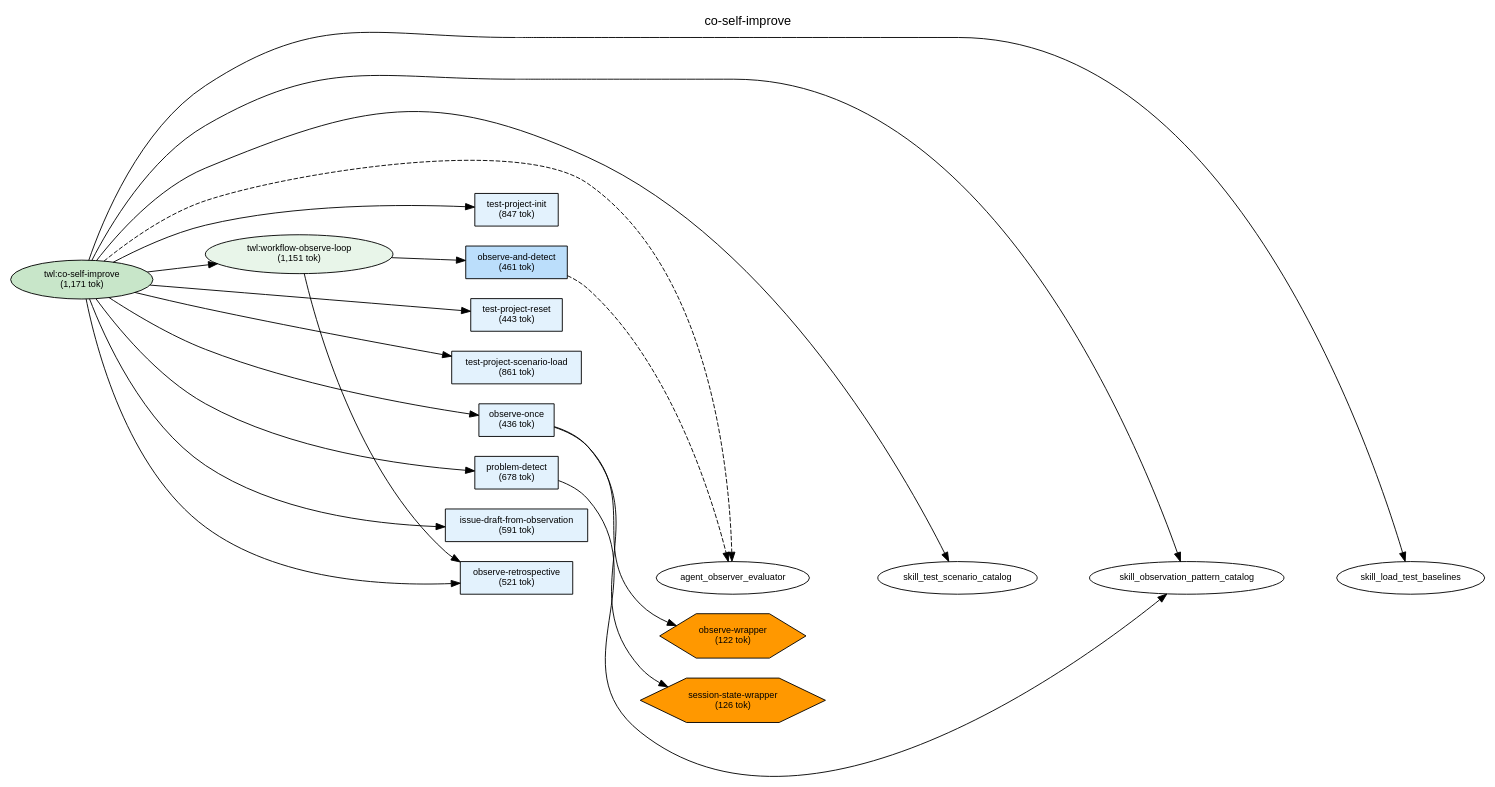
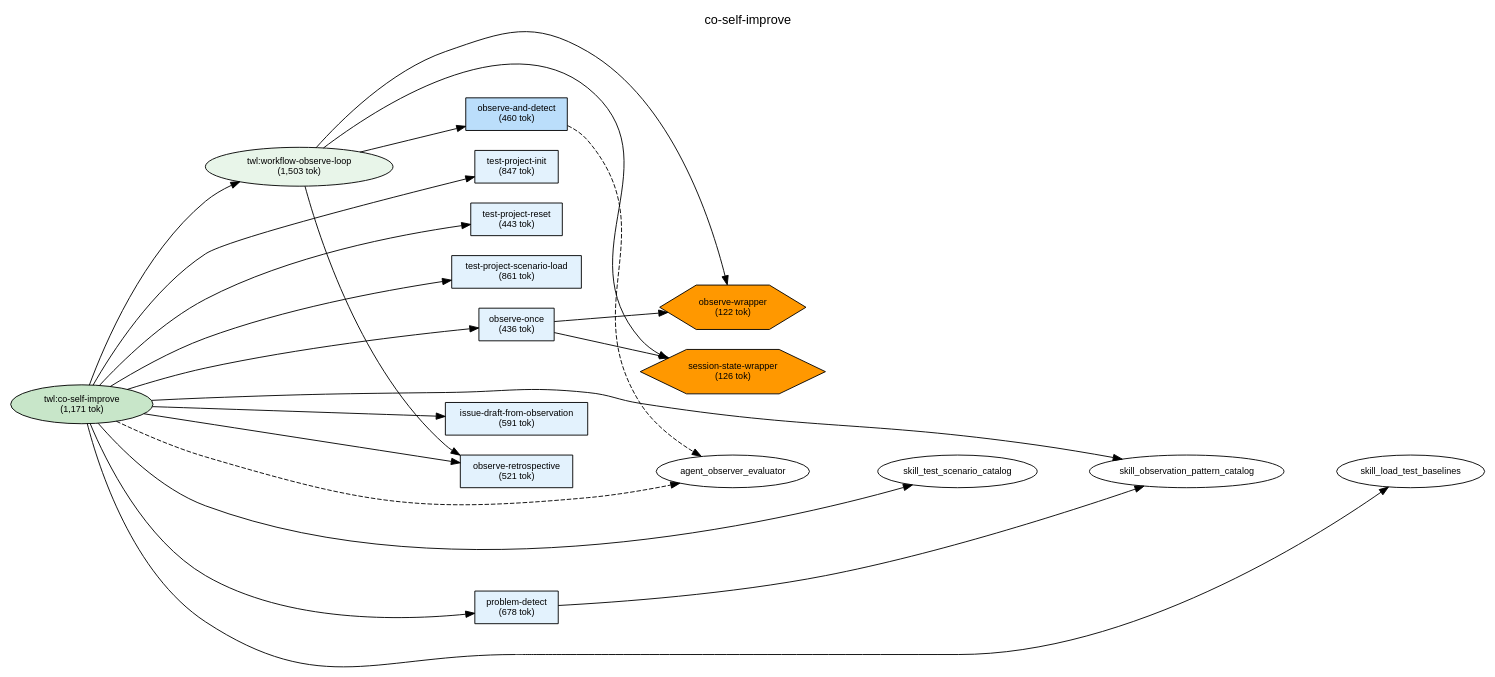
The diagram in plugins/twl/docs/deps-co-self-improve.dot (shuu5/twill), drawn with Graphviz before and after one commit. The commit also changed 21 other files, not shown here.

```diff
--- a/plugins/twl/docs/deps-co-self-improve.dot
+++ b/plugins/twl/docs/deps-co-self-improve.dot
@@ -1,84 +1,88 @@
 digraph Dependencies {
     // Graph settings
     rankdir=LR;
     ranksep=0.8;
     nodesep=0.3;
     fontname="Helvetica";
     node [fontname="Helvetica", fontsize=10];
     edge [fontname="Helvetica", fontsize=9];
     label="co-self-improve";
     labelloc=t;
     fontsize=14;
 
     // L0: Controller Skills
     skill_co_self_improve [label="twl:co-self-improve\n(1,171 tok)", shape=ellipse, style=filled, fillcolor="#c8e6c9"];
 
     // L0: Launchers
 
     // L0.5: Workflow Skills
-    skill_workflow_observe_loop [label="twl:workflow-observe-loop\n(1,151 tok)", shape=ellipse, style=filled, fillcolor="#e8f5e9"];
+    skill_workflow_observe_loop [label="twl:workflow-observe-loop\n(1,503 tok)", shape=ellipse, style=filled, fillcolor="#e8f5e9"];
 
     // Reference Skills
 
     // L1: Direct Commands
     cmd_observe_once [label="observe-once\n(436 tok)", shape=box, style=filled, fillcolor="#e3f2fd"];
     cmd_problem_detect [label="problem-detect\n(678 tok)", shape=box, style=filled, fillcolor="#e3f2fd"];
     cmd_issue_draft_from_observation [label="issue-draft-from-observation\n(591 tok)", shape=box, style=filled, fillcolor="#e3f2fd"];
-    cmd_observe_and_detect [label="observe-and-detect\n(461 tok)", shape=box, style=filled, fillcolor="#bbdefb"];
+    cmd_observe_and_detect [label="observe-and-detect\n(460 tok)", shape=box, style=filled, fillcolor="#bbdefb"];
     cmd_observe_retrospective [label="observe-retrospective\n(521 tok)", shape=box, style=filled, fillcolor="#e3f2fd"];
     cmd_test_project_init [label="test-project-init\n(847 tok)", shape=box, style=filled, fillcolor="#e3f2fd"];
     cmd_test_project_reset [label="test-project-reset\n(443 tok)", shape=box, style=filled, fillcolor="#e3f2fd"];
     cmd_test_project_scenario_load [label="test-project-scenario-load\n(861 tok)", shape=box, style=filled, fillcolor="#e3f2fd"];
 
     // L2: Sub Commands
 
     // L3: Agents
 
     // L3.5: Scripts
     script_observe_wrapper [label="observe-wrapper\n(122 tok)", shape=hexagon, style=filled, fillcolor="#FF9800"];
     script_session_state_wrapper [label="session-state-wrapper\n(126 tok)", shape=hexagon, style=filled, fillcolor="#FF9800"];
 
     // L4: External
 
     // Layer constraints
     { rank=same; skill_co_self_improve; }
     { rank=same; skill_workflow_observe_loop; }
     { rank=same; cmd_observe_once; cmd_problem_detect; cmd_issue_draft_from_observation; cmd_observe_and_detect; cmd_observe_retrospective; cmd_test_project_init; cmd_test_project_reset; cmd_test_project_scenario_load; }
     { rank=same; script_observe_wrapper; script_session_state_wrapper; }
 
     // Edges
     skill_co_self_improve -> skill_workflow_observe_loop;
     skill_co_self_improve -> cmd_test_project_init;
     skill_co_self_improve -> cmd_test_project_reset;
     skill_co_self_improve -> cmd_test_project_scenario_load;
     skill_co_self_improve -> cmd_observe_once;
     skill_co_self_improve -> cmd_problem_detect;
     skill_co_self_improve -> cmd_issue_draft_from_observation;
     skill_co_self_improve -> cmd_observe_retrospective;
     skill_co_self_improve -> agent_observer_evaluator [style=dashed];
     skill_co_self_improve -> skill_test_scenario_catalog;
     skill_co_self_improve -> skill_observation_pattern_catalog;
     skill_co_self_improve -> skill_load_test_baselines;
     skill_workflow_observe_loop -> cmd_observe_and_detect;
     skill_workflow_observe_loop -> cmd_observe_retrospective;
+    skill_workflow_observe_loop -> script_observe_wrapper;
+    skill_workflow_observe_loop -> script_session_state_wrapper;
     cmd_observe_once -> script_observe_wrapper;
     cmd_observe_once -> script_session_state_wrapper;
     cmd_problem_detect -> skill_observation_pattern_catalog;
     cmd_observe_and_detect -> agent_observer_evaluator [style=dashed];
 
     // Ordering constraints (invisible edges)
     skill_workflow_observe_loop -> cmd_test_project_init [style=invis, weight=10];
     cmd_test_project_init -> cmd_test_project_reset [style=invis, weight=10];
     cmd_test_project_reset -> cmd_test_project_scenario_load [style=invis, weight=10];
     cmd_test_project_scenario_load -> cmd_observe_once [style=invis, weight=10];
     cmd_observe_once -> cmd_problem_detect [style=invis, weight=10];
     cmd_problem_detect -> cmd_issue_draft_from_observation [style=invis, weight=10];
     cmd_issue_draft_from_observation -> cmd_observe_retrospective [style=invis, weight=10];
     cmd_observe_retrospective -> agent_observer_evaluator [style=invis, weight=10];
     agent_observer_evaluator -> skill_test_scenario_catalog [style=invis, weight=10];
     skill_test_scenario_catalog -> skill_observation_pattern_catalog [style=invis, weight=10];
     skill_observation_pattern_catalog -> skill_load_test_baselines [style=invis, weight=10];
     cmd_observe_and_detect -> cmd_observe_retrospective [style=invis, weight=10];
+    cmd_observe_retrospective -> script_observe_wrapper [style=invis, weight=10];
+    script_observe_wrapper -> script_session_state_wrapper [style=invis, weight=10];
     script_observe_wrapper -> script_session_state_wrapper [style=invis, weight=10];
 
 }
```
